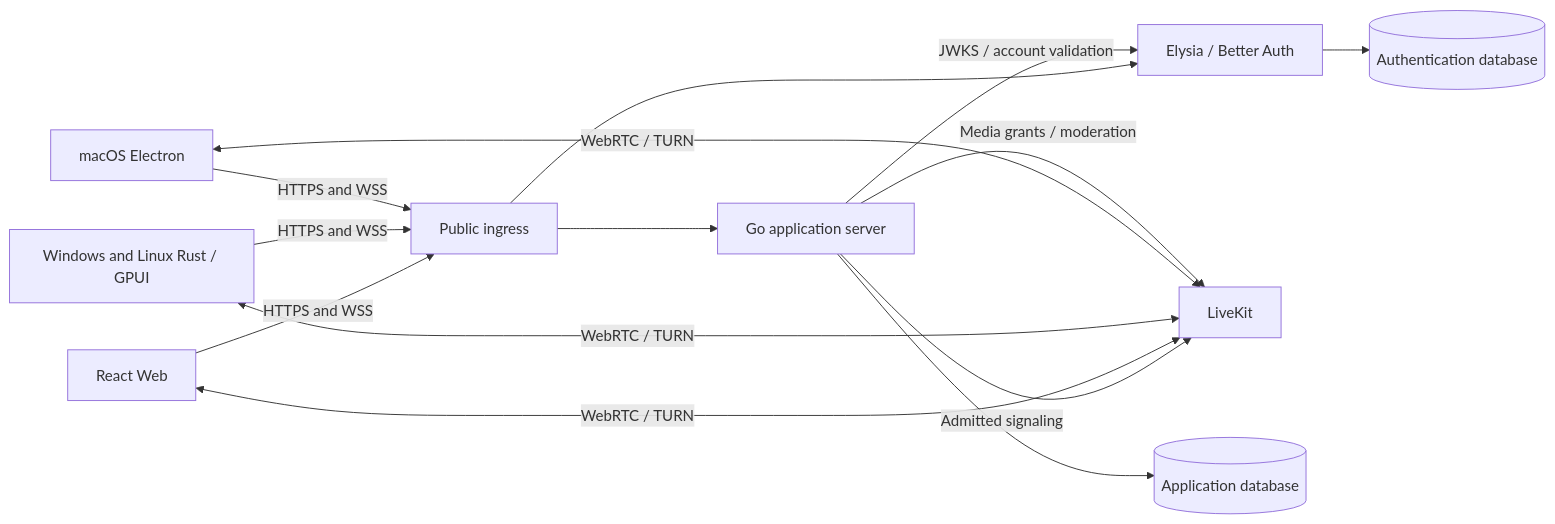
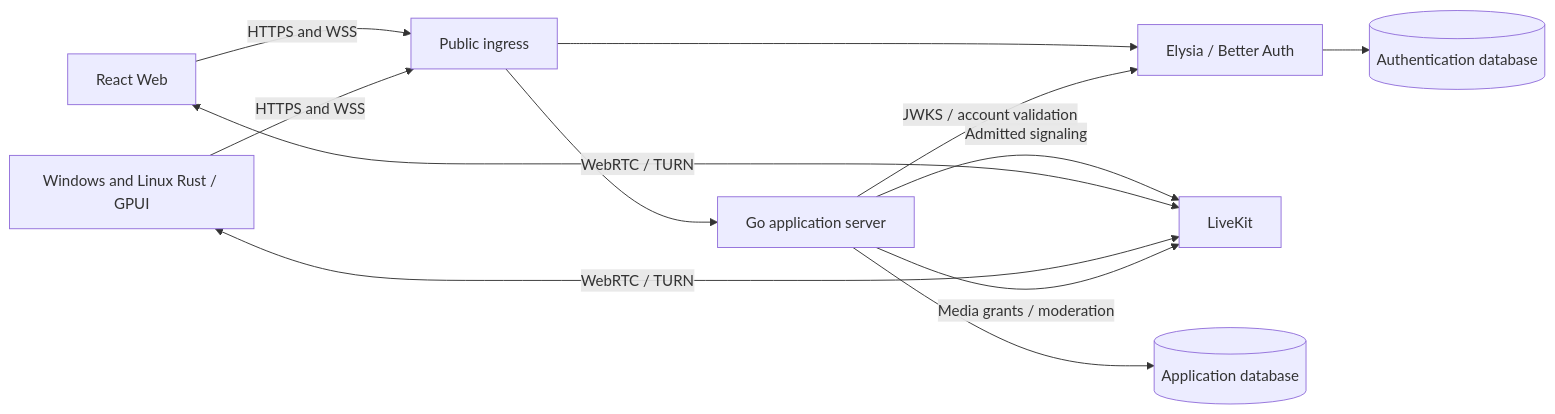
The diagram in docs/architecture.md (MrDeex1k/Yapper), drawn with Mermaid before and after one commit. The commit also changed other lines of this file and 114 other files, not shown here.

````diff
--- a/docs/architecture.md
+++ b/docs/architecture.md
@@ -21,16 +20,14 @@
 ```mermaid
 flowchart LR
     W[React Web] -->|HTTPS and WSS| P[Public ingress]
     Dsk[Windows and Linux Rust / GPUI] -->|HTTPS and WSS| P
-    Mac[macOS Electron] -->|HTTPS and WSS| P
     P --> G[Go application server]
     P --> A[Elysia / Better Auth]
     G -->|Admitted signaling| L[LiveKit]
     W <-->|WebRTC / TURN| L
     Dsk <-->|WebRTC / TURN| L
-    Mac <-->|WebRTC / TURN| L
     G -->|JWKS / account validation| A
     G -->|Media grants / moderation| L
     G --> D[(Application database)]
     A --> E[(Authentication database)]
 ```
````
